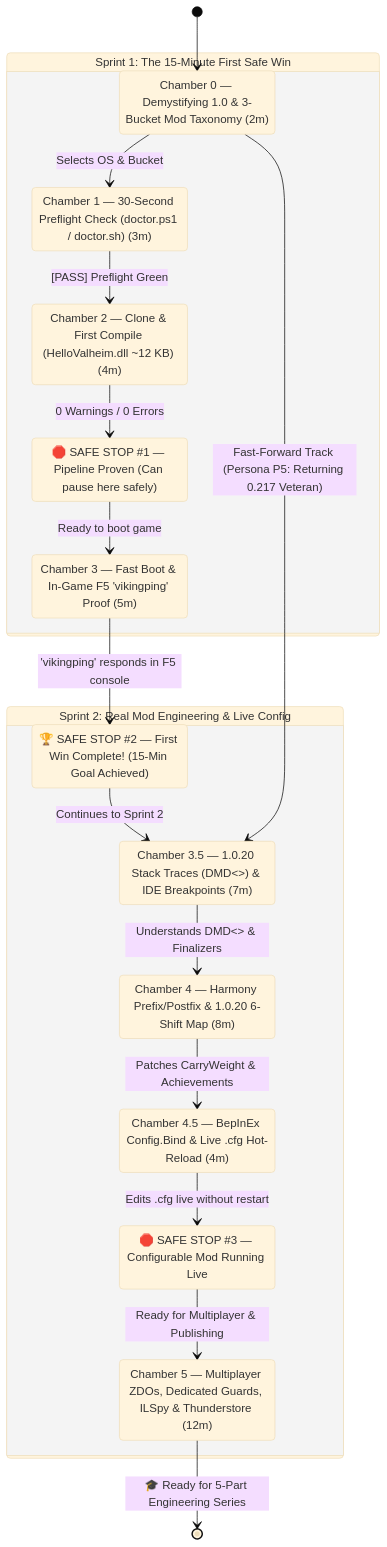
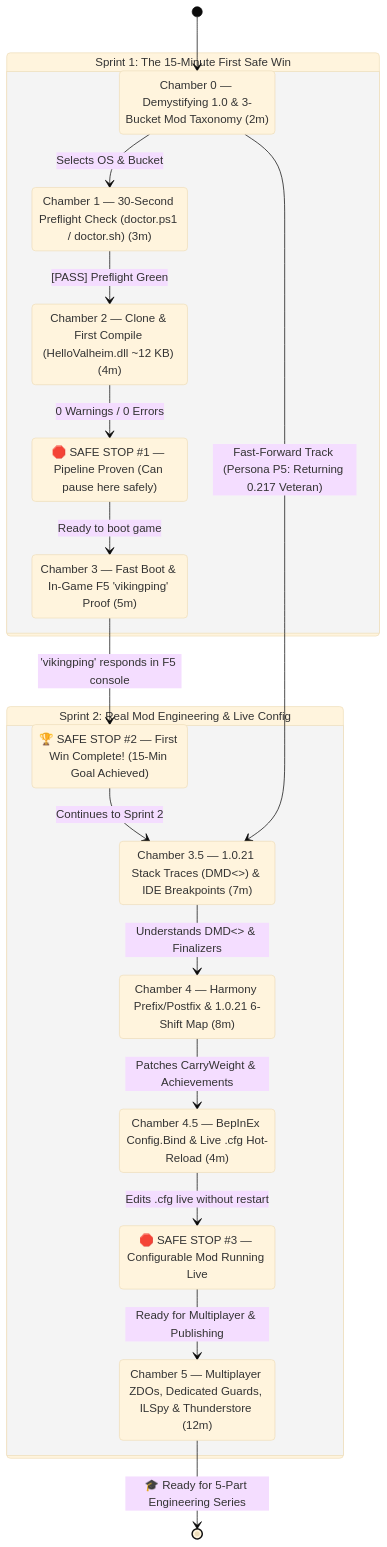
The fourth of 4 diagrams in product/03-USER-FLOWS-AND-STATE-MACHINE.md (djcdevelopment/valheim-modding-101), drawn with Mermaid (base theme) before and after one commit. The commit also changed other lines of this file and 33 other files, not shown here.

````diff
--- a/product/03-USER-FLOWS-AND-STATE-MACHINE.md
+++ b/product/03-USER-FLOWS-AND-STATE-MACHINE.md
@@ -101,36 +101,36 @@
 ```mermaid
 stateDiagram-v2
     [*] --> Chamber0
 
     state "Sprint 1: The 15-Minute First Safe Win" as Sprint1 {
         Chamber0: Chamber 0 — Demystifying 1.0 & 3-Bucket Mod Taxonomy (2m)
         Chamber1: Chamber 1 — 30-Second Preflight Check (doctor.ps1 / doctor.sh) (3m)
         Chamber2: Chamber 2 — Clone & First Compile (HelloValheim.dll ~12 KB) (4m)
         SafeStop1: 🛑 SAFE STOP #1 — Pipeline Proven (Can pause here safely)
         Chamber3: Chamber 3 — Fast Boot & In-Game F5 'vikingping' Proof (5m)
         SafeStop2: 🏆 SAFE STOP #2 — First Win Complete! (15-Min Goal Achieved)
 
         Chamber0 --> Chamber1: Selects OS & Bucket
         Chamber1 --> Chamber2: [PASS] Preflight Green
         Chamber2 --> SafeStop1: 0 Warnings / 0 Errors
         SafeStop1 --> Chamber3: Ready to boot game
         Chamber3 --> SafeStop2: 'vikingping' responds in F5 console
     }
 
     state "Sprint 2: Real Mod Engineering & Live Config" as Sprint2 {
-        Chamber3_5: Chamber 3.5 — 1.0.20 Stack Traces (DMD<>) & IDE Breakpoints (7m)
-        Chamber4: Chamber 4 — Harmony Prefix/Postfix & 1.0.20 6-Shift Map (8m)
+        Chamber3_5: Chamber 3.5 — 1.0.21 Stack Traces (DMD<>) & IDE Breakpoints (7m)
+        Chamber4: Chamber 4 — Harmony Prefix/Postfix & 1.0.21 6-Shift Map (8m)
         Chamber4_5: Chamber 4.5 — BepInEx Config.Bind & Live .cfg Hot-Reload (4m)
         SafeStop3: 🛑 SAFE STOP #3 — Configurable Mod Running Live
         Chamber5: Chamber 5 — Multiplayer ZDOs, Dedicated Guards, ILSpy & Thunderstore (12m)
 
         SafeStop2 --> Chamber3_5: Continues to Sprint 2
         Chamber3_5 --> Chamber4: Understands DMD<> & Finalizers
         Chamber4 --> Chamber4_5: Patches CarryWeight & Achievements
         Chamber4_5 --> SafeStop3: Edits .cfg live without restart
         SafeStop3 --> Chamber5: Ready for Multiplayer & Publishing
     }
 
     Chamber0 --> Chamber3_5: Fast-Forward Track (Persona P5: Returning 0.217 Veteran)
     Chamber5 --> [*]: 🎓 Ready for 5-Part Engineering Series
 ```
````
